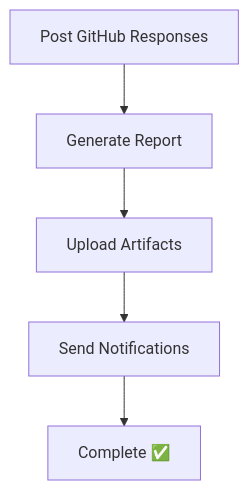
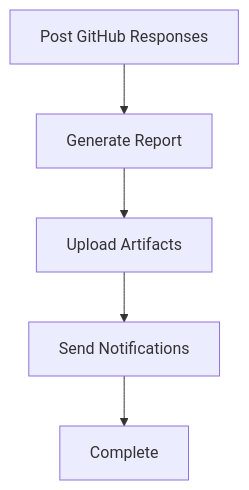
One commit to dlnraja/com.tuya.zigbee changed the third of 3 diagrams in docs/guides/GITHUB-ACTIONS-SETUP.md. Above: the diagram before and after it, drawn with Mermaid. The commit also changed other lines of this file and 2379 other files, not shown here.

````diff
--- a/docs/guides/GITHUB-ACTIONS-SETUP.md
+++ b/docs/guides/GITHUB-ACTIONS-SETUP.md
@@ -196,7 +196,7 @@
 ```mermaid
 graph TD
     M[Post GitHub Responses] --> N[Generate Report]
     N --> O[Upload Artifacts]
     O --> P[Send Notifications]
-    P --> Q[Complete ✅]
+    P --> Q[Complete ]
 ```
````
